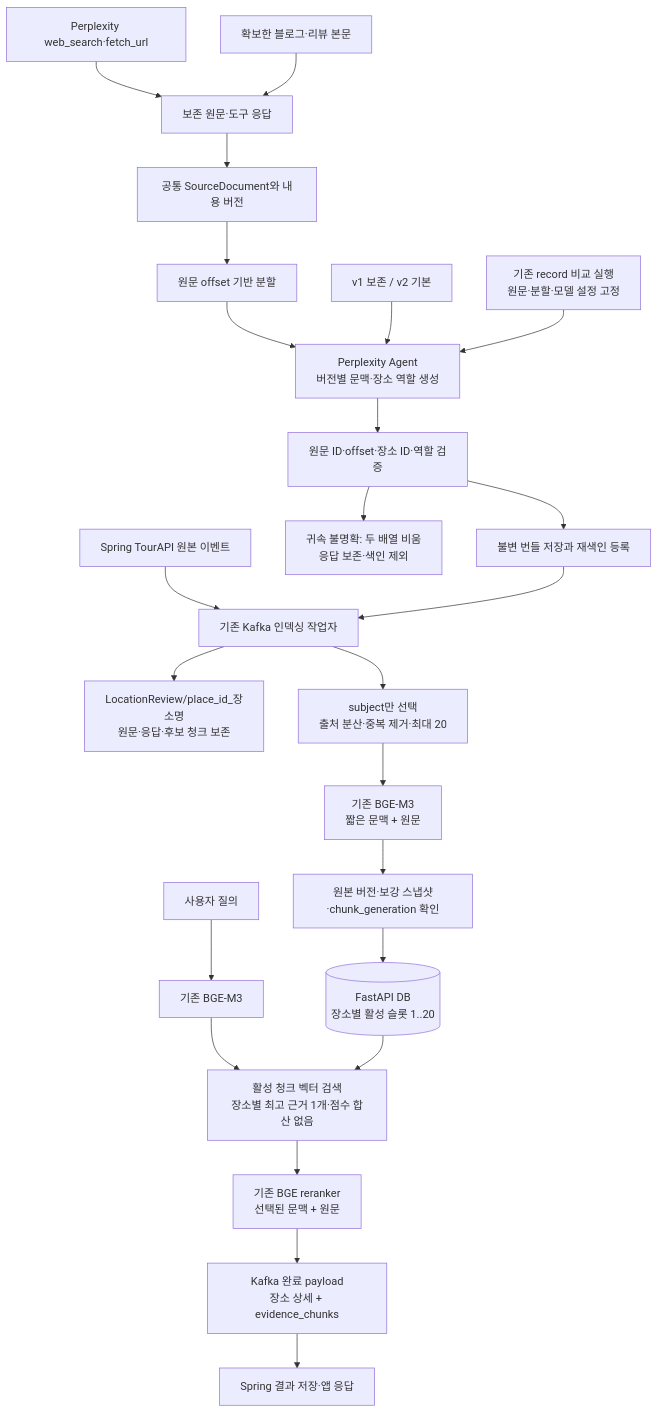
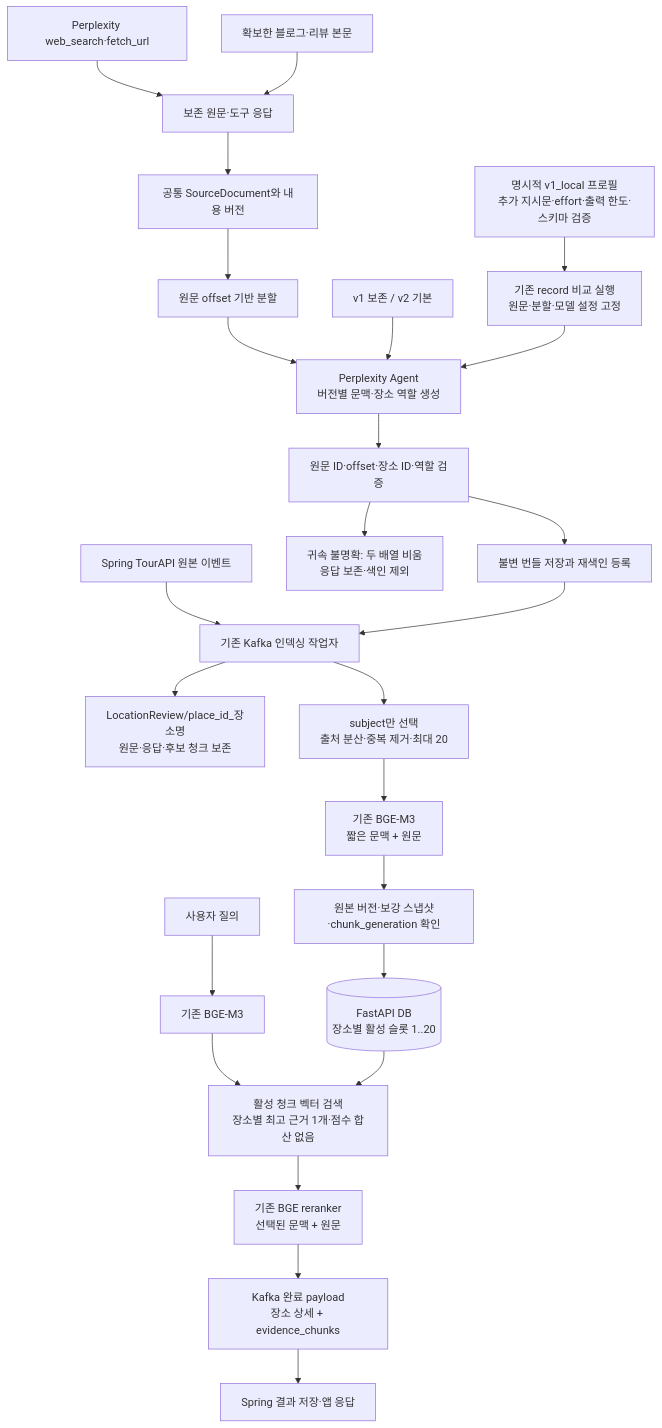
Before and after one commit to yollo4179/TravelMate: the first of 2 diagrams in docs/architecture/contextual-retrieval.md, drawn with Mermaid. The commit also changed other lines of this file and 10 other files, not shown here.

````diff
--- a/docs/architecture/contextual-retrieval.md
+++ b/docs/architecture/contextual-retrieval.md
@@ -5,26 +5,27 @@
 ```mermaid
 flowchart TD
     Tour[Spring TourAPI 원본 이벤트] --> Worker[기존 Kafka 인덱싱 작업자]
     Web[Perplexity web_search·fetch_url] --> Raw[보존 원문·도구 응답]
     Accounts[확보한 블로그·리뷰 본문] --> Raw
     Raw --> Sources[공통 SourceDocument와 내용 버전]
     Sources --> Split[원문 offset 기반 분할]
     Split --> Agent[Perplexity Agent<br/>버전별 문맥·장소 역할 생성]
     Version[v1 보존 / v2 기본] --> Agent
     Baseline[기존 record 비교 실행<br/>원문·분할·모델 설정 고정] --> Agent
+    Local[명시적 v1_local 프로필<br/>추가 지시문·effort·출력 한도·스키마 검증] --> Baseline
     Agent --> Validate[원문 ID·offset·장소 ID·역할 검증]
     Validate --> Unattributed[귀속 불명확: 두 배열 비움<br/>응답 보존·색인 제외]
     Validate --> Bundle[불변 번들 저장과 재색인 등록]
     Bundle --> Worker
     Worker --> Archive[LocationReview/place_id_장소명<br/>원문·응답·후보 청크 보존]
     Worker --> Select[subject만 선택<br/>출처 분산·중복 제거·최대 20]
     Select --> Embed[기존 BGE-M3<br/>짧은 문맥 + 원문]
     Embed --> CAS[원본 버전·보강 스냅샷·chunk_generation 확인]
     CAS --> Active[(FastAPI DB<br/>장소별 활성 슬롯 1..20)]
     Query[사용자 질의] --> QEmbed[기존 BGE-M3]
     QEmbed --> Retrieve[활성 청크 벡터 검색<br/>장소별 최고 근거 1개·점수 합산 없음]
     Active --> Retrieve
     Retrieve --> Rerank[기존 BGE reranker<br/>선택된 문맥 + 원문]
     Rerank --> Result[Kafka 완료 payload<br/>장소 상세 + evidence_chunks]
     Result --> Spring[Spring 결과 저장·앱 응답]
 ```
````
